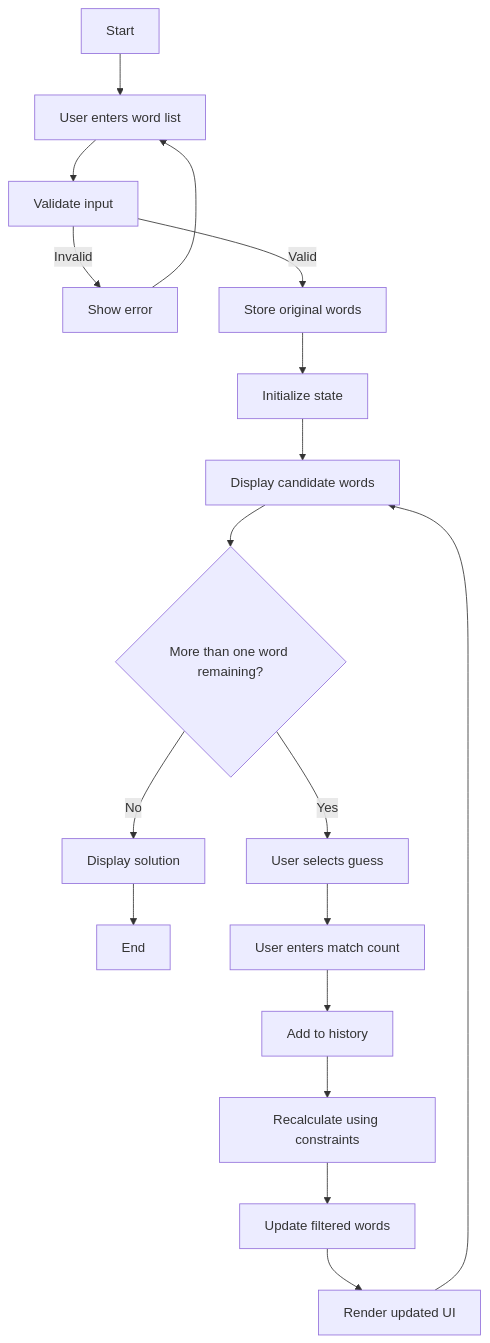
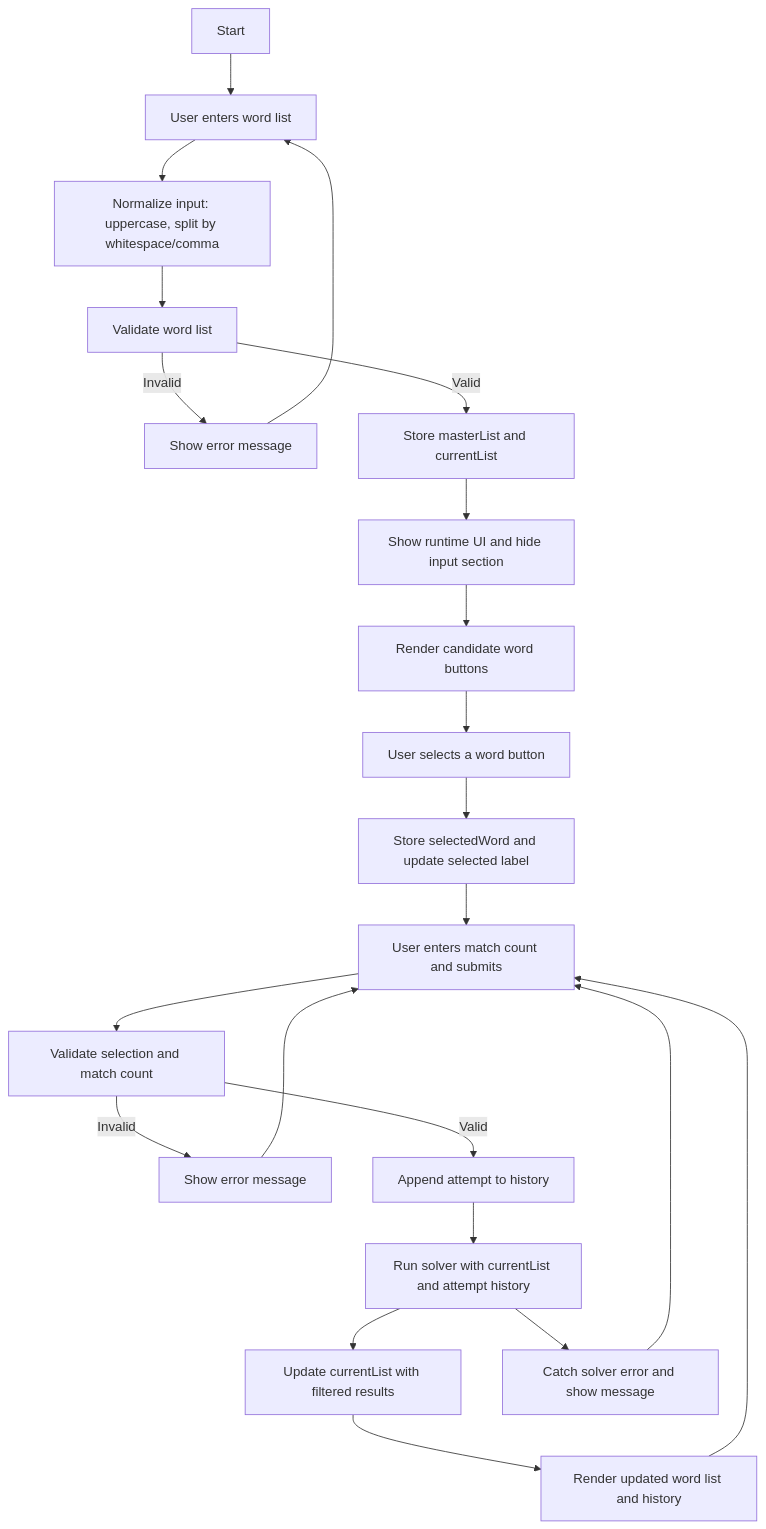
The diagram in TerminalHacker/appLogic.mmd (BobbyJoeCool/HTML-Projects), drawn with Mermaid before and after one commit. The commit also changed 8 other files, not shown here.

```diff
--- a/TerminalHacker/appLogic.mmd
+++ b/TerminalHacker/appLogic.mmd
@@ -1,26 +1,31 @@
 flowchart TD
     A[Start] --> B[User enters word list]
-    B --> C[Validate input]
+    B --> C[Normalize input: uppercase, split by whitespace/comma]
+    C --> D[Validate word list]
 
-    C -->|Invalid| D[Show error]
-    D --> B
+    D -->|Invalid| E[Show error message]
+    E --> B
 
-    C -->|Valid| E[Store original words]
-    E --> F[Initialize state]
-    F --> G[Display candidate words]
+    D -->|Valid| F[Store masterList and currentList]
+    F --> G[Show runtime UI and hide input section]
+    G --> H[Render candidate word buttons]
 
-    G --> H{More than one word remaining?}
+    H --> I[User selects a word button]
+    I --> J[Store selectedWord and update selected label]
 
-    H -->|No| I[Display solution]
-    I --> J[End]
+    J --> K[User enters match count and submits]
+    K --> L[Validate selection and match count]
 
-    H -->|Yes| K[User selects guess]
-    K --> L[User enters match count]
+    L -->|Invalid| M[Show error message]
+    M --> K
 
-    L --> M[Add to history]
-    M --> N[Recalculate using constraints]
+    L -->|Valid| N[Append attempt to history]
+    N --> O[Run solver with currentList and attempt history]
 
-    N --> O[Update filtered words]
-    O --> P[Render updated UI]
+    O --> P[Update currentList with filtered results]
+    O --> R[Catch solver error and show message]
 
-    P --> G
+    P --> Q[Render updated word list and history]
+    Q --> K
+
+    R --> K
```
